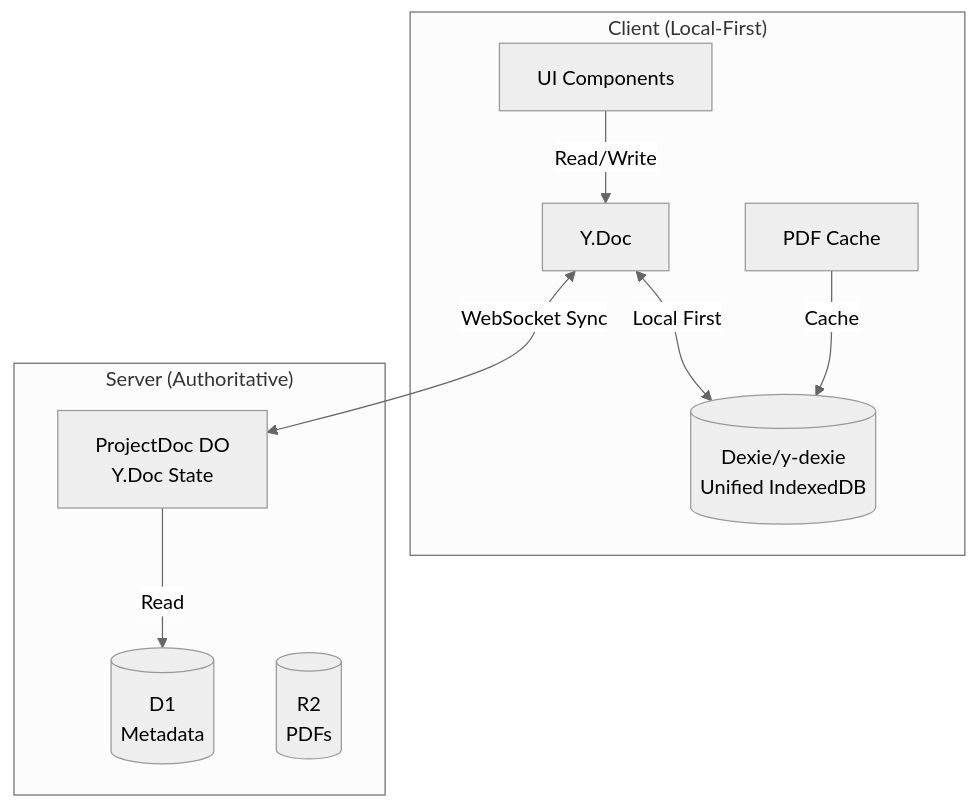
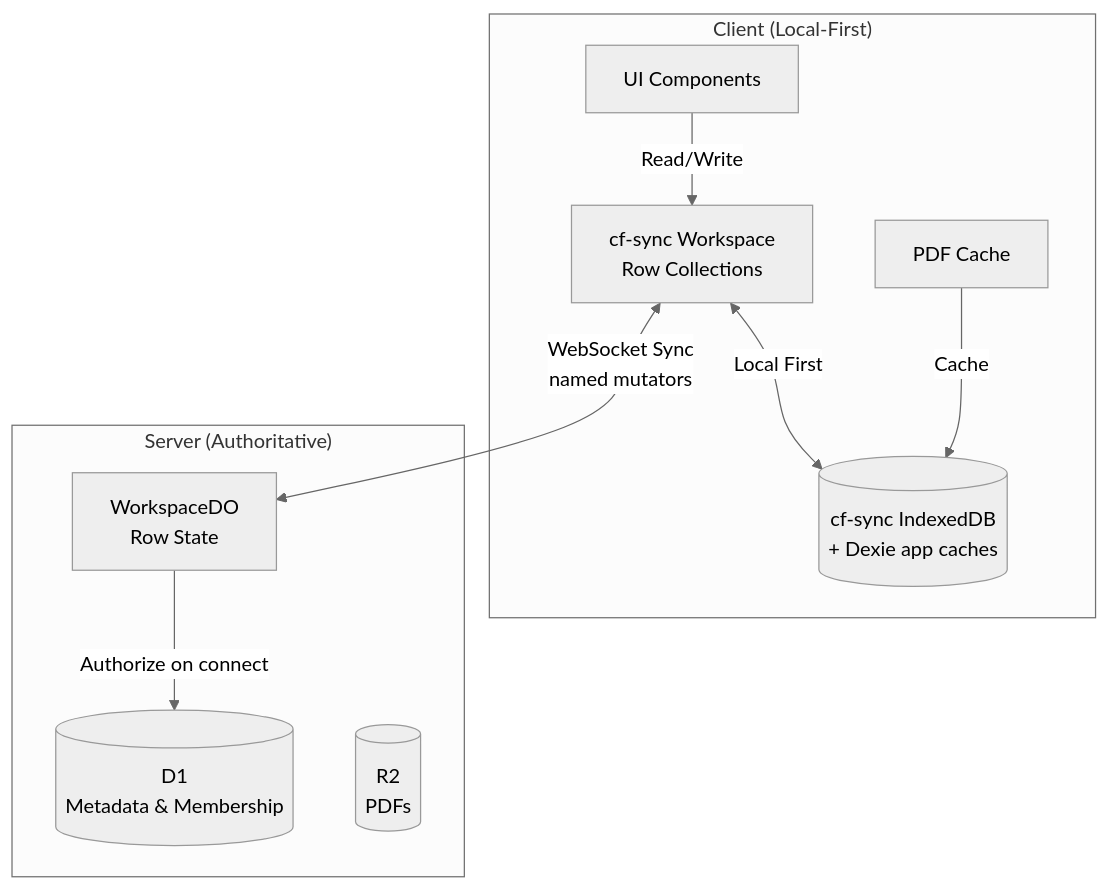
Before and after one commit to InfinityBowman/corates: the diagram in packages/docs/architecture/diagrams/08-yjs-sync.md, drawn with Mermaid (neutral theme). The commit also changed 9 other files, not shown here.

````diff
--- a/packages/docs/architecture/diagrams/08-yjs-sync.md
+++ b/packages/docs/architecture/diagrams/08-yjs-sync.md
@@ -1,21 +1,21 @@
 ```mermaid
 flowchart TB
     subgraph Client["Client (Local-First)"]
         UI[UI Components]
-        YDoc[Y.Doc]
-        Dexie[(Dexie/y-dexie<br/>Unified IndexedDB)]
+        Workspace[cf-sync Workspace<br/>Row Collections]
+        IDB[(cf-sync IndexedDB<br/>+ Dexie app caches)]
         Cache[PDF Cache]
     end
 
     subgraph Server["Server (Authoritative)"]
-        DO[ProjectDoc DO<br/>Y.Doc State]
-        D1[(D1<br/>Metadata)]
+        DO[WorkspaceDO<br/>Row State]
+        D1[(D1<br/>Metadata & Membership)]
         R2[(R2<br/>PDFs)]
     end
 
-    YDoc <-->|"Local First"| Dexie
-    YDoc <-->|"WebSocket Sync"| DO
-    UI -->|"Read/Write"| YDoc
-    Cache -->|"Cache"| Dexie
-    DO -->|"Read"| D1
+    Workspace <-->|"Local First"| IDB
+    Workspace <-->|"WebSocket Sync<br/>named mutators"| DO
+    UI -->|"Read/Write"| Workspace
+    Cache -->|"Cache"| IDB
+    DO -->|"Authorize on connect"| D1
 ```
````
